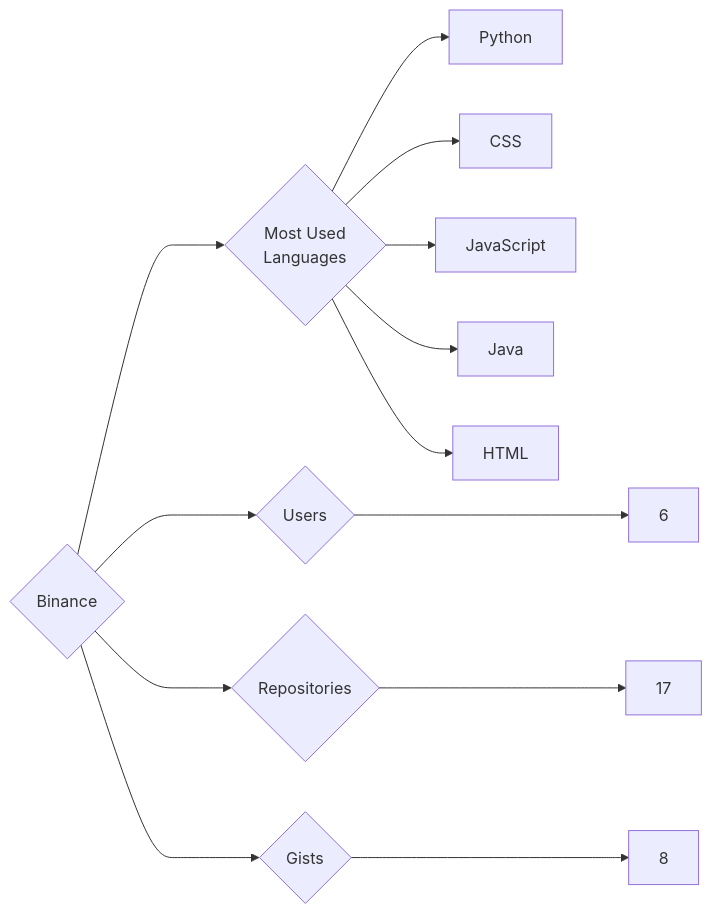
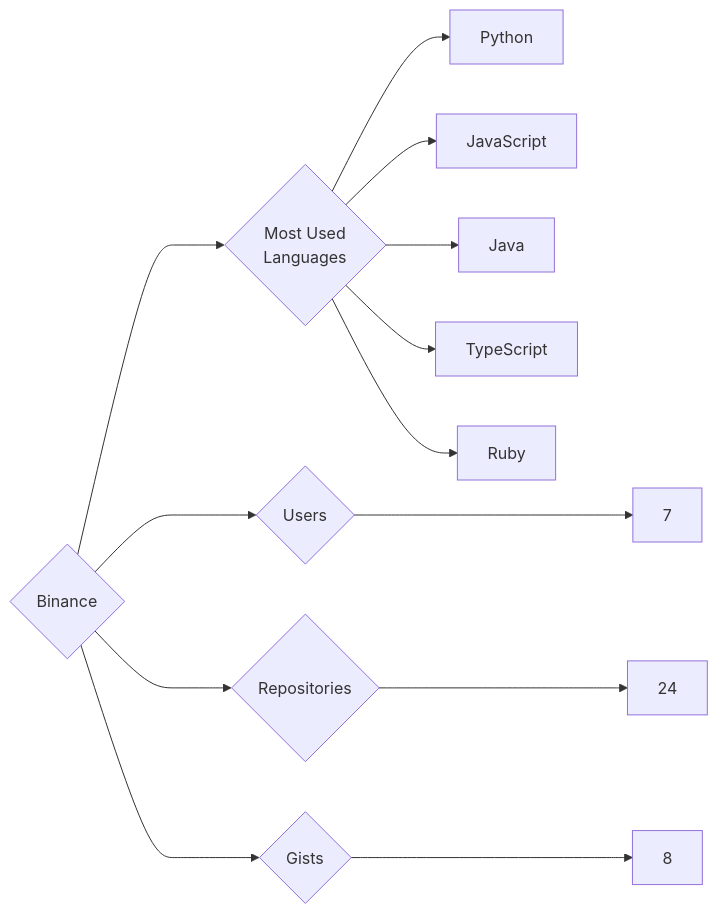
One commit to trickest/insiders changed the diagram in targets/Binance/README.md. Above: the diagram before and after it, drawn with Mermaid. The commit also changed 1003 other files, not shown here.

````diff
--- a/targets/Binance/README.md
+++ b/targets/Binance/README.md
@@ -3,13 +3,13 @@
 ```mermaid
 graph LR
 COMPANY_NAME{Binance}
-COMPANY_NAME ---> U{Users} ---> UN[6]
-COMPANY_NAME ---> R{Repositories} ---> RN[17]
+COMPANY_NAME ---> U{Users} ---> UN[7]
+COMPANY_NAME ---> R{Repositories} ---> RN[24]
 COMPANY_NAME ---> G{Gists} ---> GN[8]
 COMPANY_NAME ---> ML{Most Used<br>Languages}
 ML --> Python[Python]
-ML --> CSS[CSS]
 ML --> JavaScript[JavaScript]
 ML --> Java[Java]
-ML --> HTML[HTML]
+ML --> TypeScript[TypeScript]
+ML --> Ruby[Ruby]
 ```
````
